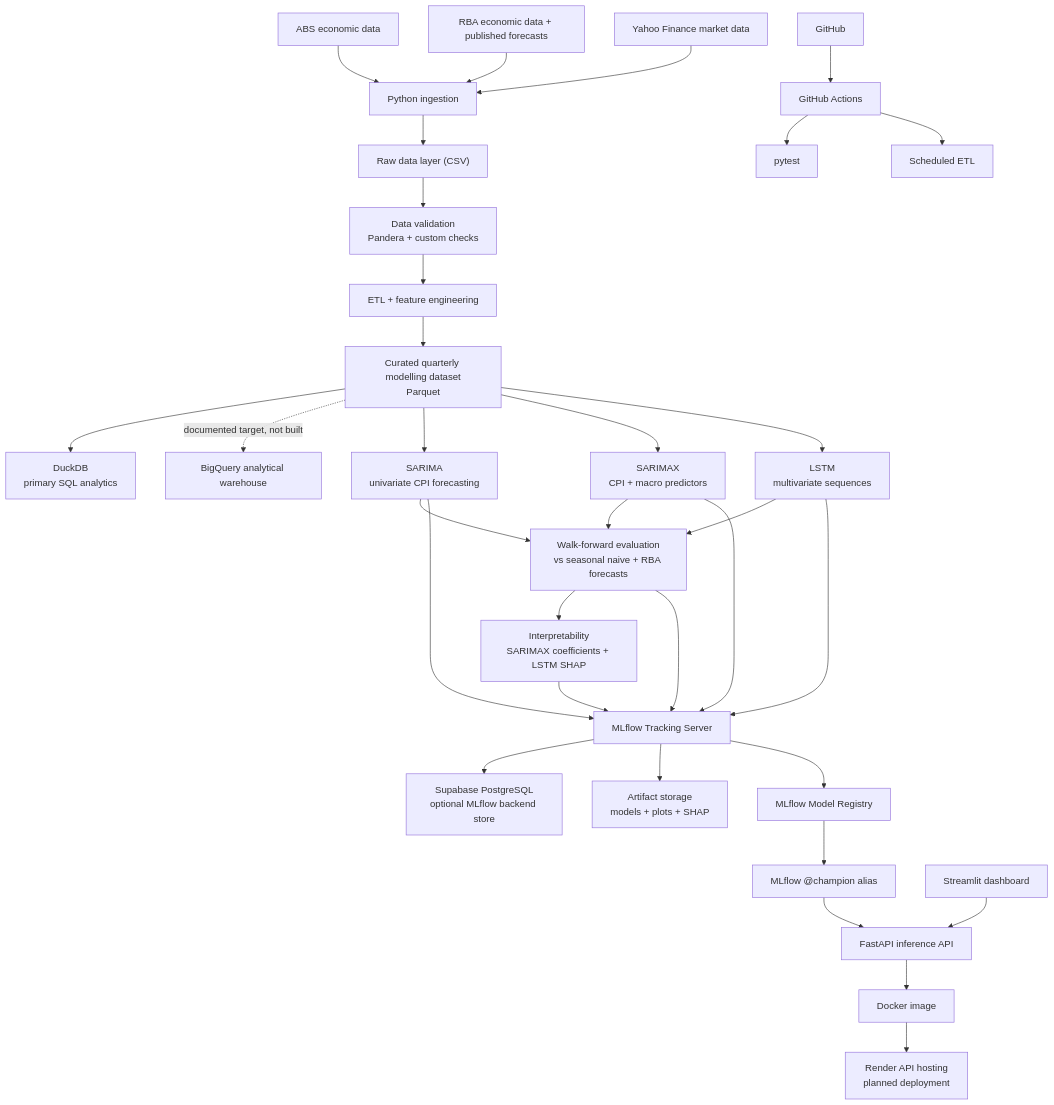
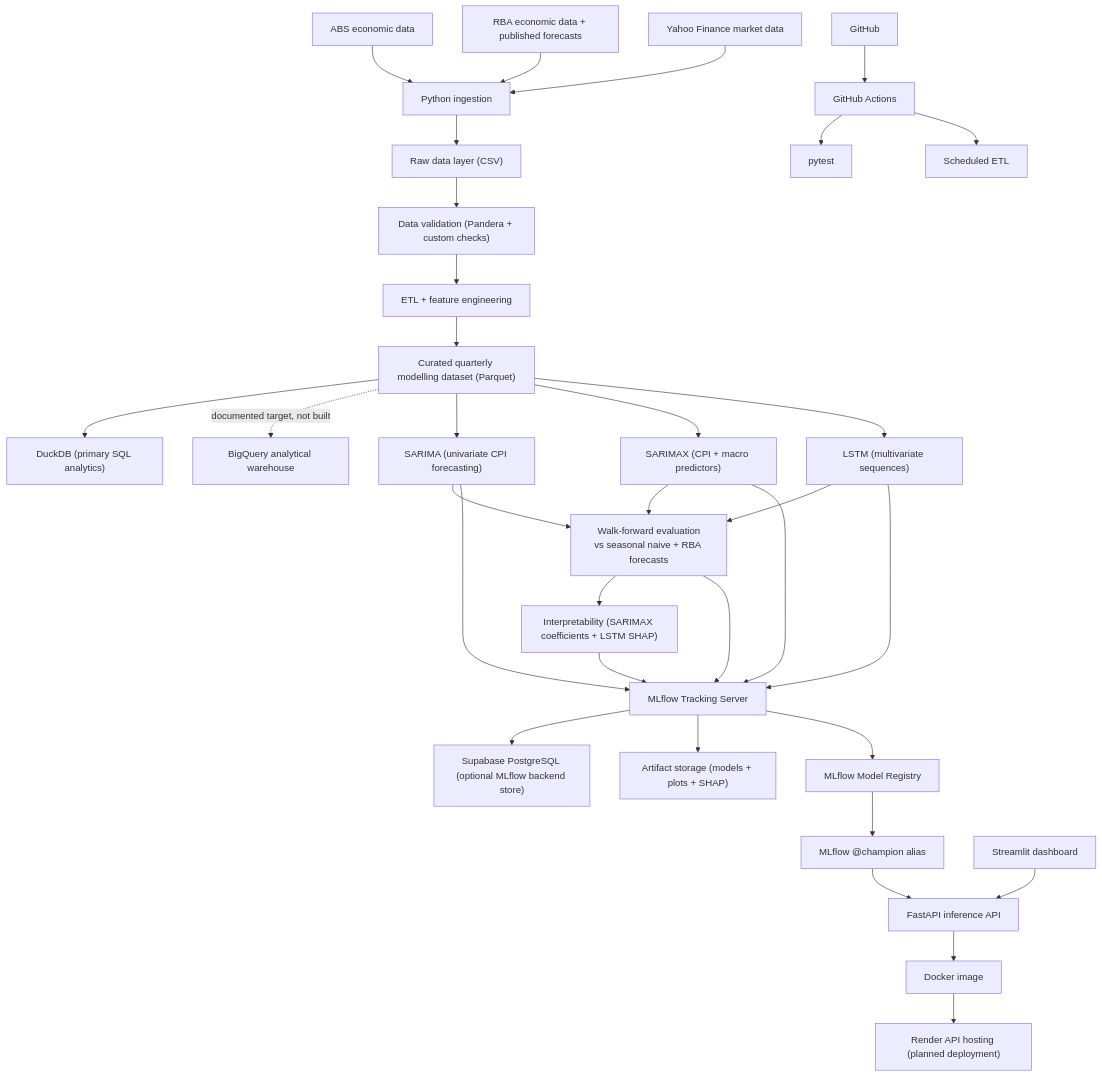
One commit to JuanVu1810/Australian-CPI-Forecast changed the diagram in PROJECT_ARCHITECTURE.md. Above: the diagram before and after it, drawn with Mermaid.

Commit message:
Refine descriptions in PROJECT_ARCHITECTURE.md

````diff
--- a/PROJECT_ARCHITECTURE.md
+++ b/PROJECT_ARCHITECTURE.md
@@ -209,46 +209,46 @@
 ```mermaid
 flowchart TD
     ABS["ABS economic data"] --> INGEST["Python ingestion"]
     RBA["RBA economic data + published forecasts"] --> INGEST
     YF["Yahoo Finance market data"] --> INGEST
 
     INGEST --> RAW["Raw data layer (CSV)"]
-    RAW --> VALIDATE["Data validation<br/>Pandera + custom checks"]
+    RAW --> VALIDATE["Data validation (Pandera + custom checks)"]
     VALIDATE --> ETL["ETL + feature engineering"]
-    ETL --> CURATED["Curated quarterly modelling dataset<br/>Parquet"]
+    ETL --> CURATED["Curated quarterly modelling dataset (Parquet)"]
 
-    CURATED --> DUCKDB["DuckDB<br/>primary SQL analytics"]
+    CURATED --> DUCKDB["DuckDB (primary SQL analytics)"]
     CURATED -. "documented target, not built" .-> BQ["BigQuery analytical warehouse"]
 
-    CURATED --> SARIMA["SARIMA<br/>univariate CPI forecasting"]
-    CURATED --> SARIMAX["SARIMAX<br/>CPI + macro predictors"]
-    CURATED --> LSTM["LSTM<br/>multivariate sequences"]
+    CURATED --> SARIMA["SARIMA (univariate CPI forecasting)"]
+    CURATED --> SARIMAX["SARIMAX (CPI + macro predictors)"]
+    CURATED --> LSTM["LSTM (multivariate sequences)"]
 
     SARIMA --> EVAL["Walk-forward evaluation<br/>vs seasonal naive + RBA forecasts"]
     SARIMAX --> EVAL
     LSTM --> EVAL
 
-    EVAL --> INTERP["Interpretability<br/>SARIMAX coefficients + LSTM SHAP"]
+    EVAL --> INTERP["Interpretability (SARIMAX coefficients + LSTM SHAP)"]
 
     SARIMA --> MLFLOW["MLflow Tracking Server"]
     SARIMAX --> MLFLOW
     LSTM --> MLFLOW
     EVAL --> MLFLOW
     INTERP --> MLFLOW
 
-    MLFLOW --> POSTGRES["Supabase PostgreSQL<br/>optional MLflow backend store"]
-    MLFLOW --> ARTIFACTS["Artifact storage<br/>models + plots + SHAP"]
+    MLFLOW --> POSTGRES["Supabase PostgreSQL (optional MLflow backend store)"]
+    MLFLOW --> ARTIFACTS["Artifact storage (models + plots + SHAP)"]
     MLFLOW --> REGISTRY["MLflow Model Registry"]
 
     REGISTRY --> CHAMPION["MLflow @champion alias"]
     CHAMPION --> API["FastAPI inference API"]
 
     STREAMLIT["Streamlit dashboard"] --> API
 
     API --> DOCKER["Docker image"]
-    DOCKER --> RENDER["Render API hosting<br/>planned deployment"]
+    DOCKER --> RENDER["Render API hosting (planned deployment)"]
 
     GITHUB["GitHub"] --> ACTIONS["GitHub Actions"]
     ACTIONS --> TESTS["pytest"]
     ACTIONS --> SCHEDULE["Scheduled ETL"]
 ```
````
